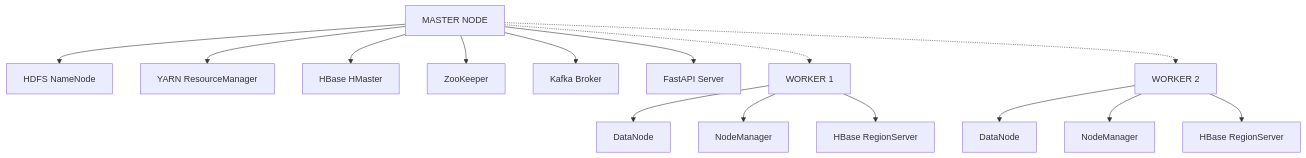
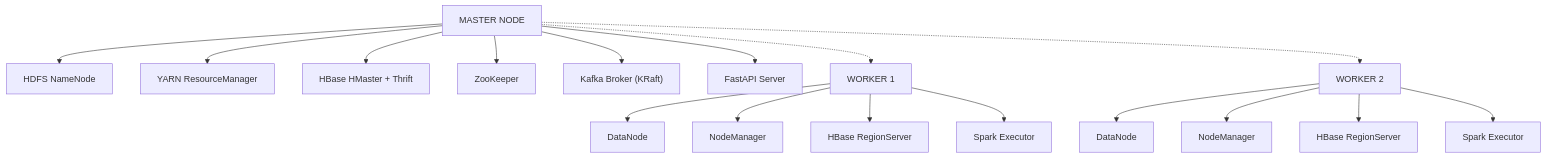
One commit to Tanishq1706P/Spam-Classifier changed the second of 3 diagrams in README.md. Above: the diagram before and after it, drawn with Mermaid. The commit also changed other lines of this file, not shown here.

````diff
--- a/README.md
+++ b/README.md
@@ -48,22 +403,24 @@
 ```mermaid
 flowchart TB
     M["MASTER NODE"]
 
     M --> NN["HDFS NameNode"]
     M --> RM["YARN ResourceManager"]
-    M --> HM["HBase HMaster"]
+    M --> HM["HBase HMaster + Thrift"]
     M --> ZK["ZooKeeper"]
-    M --> KB["Kafka Broker"]
+    M --> KB["Kafka Broker (KRaft)"]
     M --> API["FastAPI Server"]
 
     M -.-> W1["WORKER 1"]
     M -.-> W2["WORKER 2"]
 
     W1 --> D1["DataNode"]
     W1 --> N1["NodeManager"]
     W1 --> R1["HBase RegionServer"]
+    W1 --> S1["Spark Executor"]
 
     W2 --> D2["DataNode"]
     W2 --> N2["NodeManager"]
     W2 --> R2["HBase RegionServer"]
+    W2 --> S2["Spark Executor"]
 ```
````
